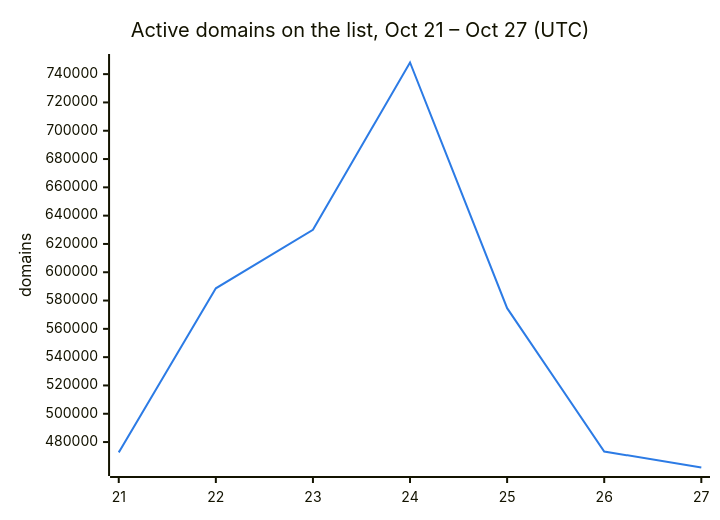
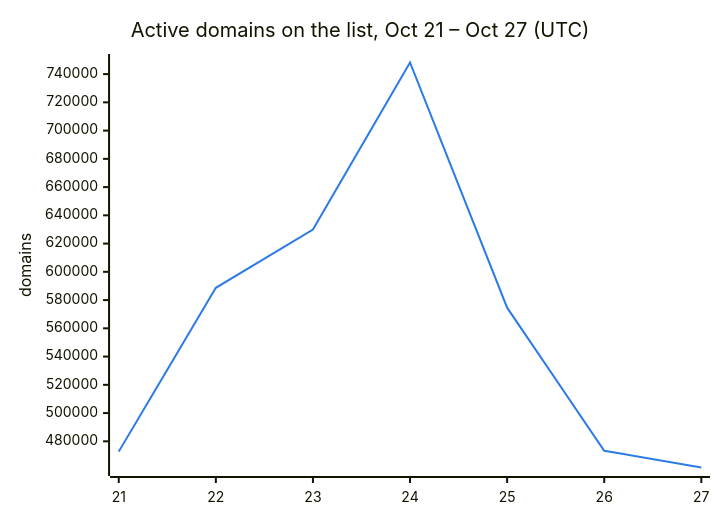
Before and after one commit to DNSBunker/CTI: the second of 3 diagrams in README.md, drawn with Mermaid. The commit also changed other lines of this file and 3 other files, not shown here.

````diff
--- a/README.md
+++ b/README.md
@@ -38,8 +38,8 @@
 ```mermaid
 %%{init: {"themeVariables": {"xyChart": {"plotColorPalette": "#2c7be5"}}}}%%
 xychart-beta
     title "Active domains on the list, Oct 21 – Oct 27 (UTC)"
     x-axis ["21", "22", "23", "24", "25", "26", "27"]
     y-axis "domains"
-    line [472713, 588659, 629951, 748222, 574614, 473331, 462021]
+    line [472713, 588659, 629951, 748222, 574614, 473331, 461454]
 ```
````
